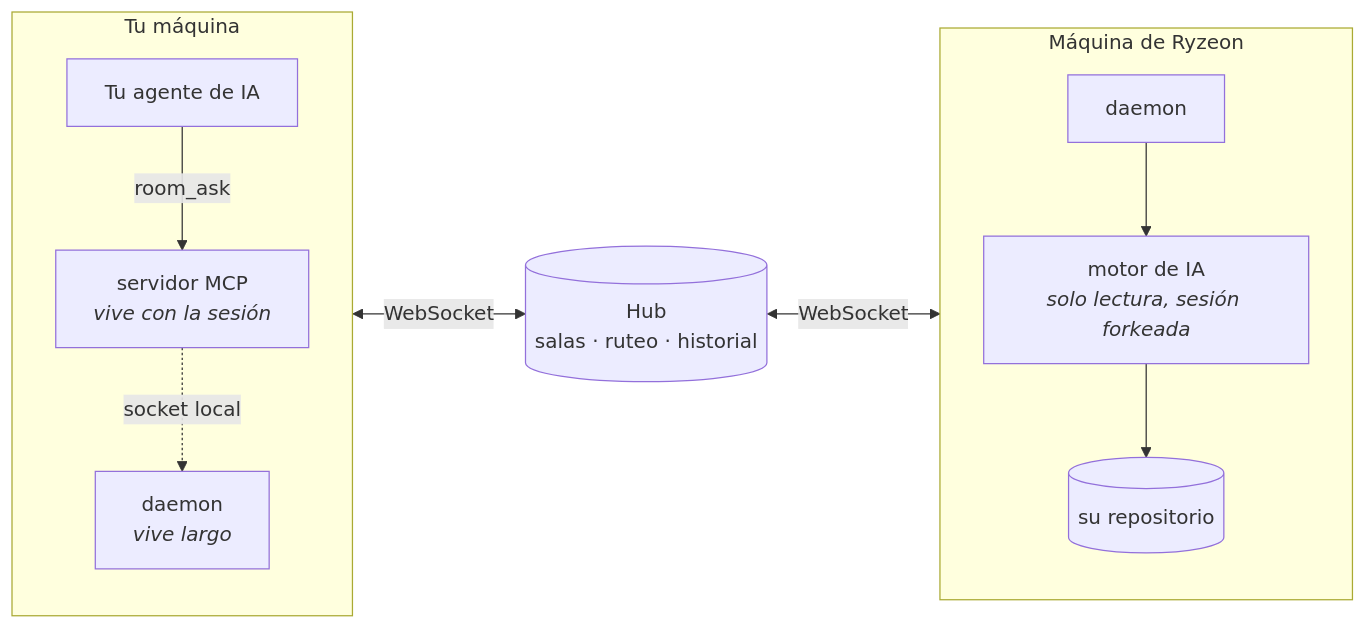
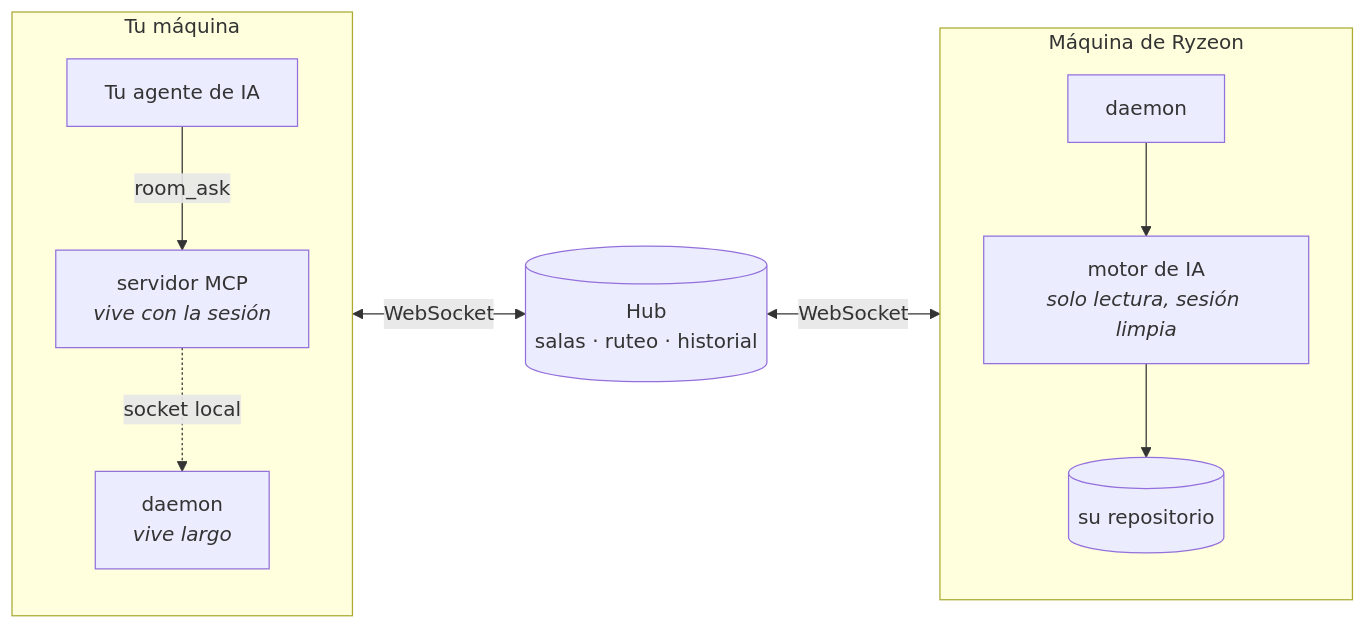
One commit to Ryzeon/huddle changed the first of 3 diagrams in README.md. Above: the diagram before and after it, drawn with Mermaid. The commit also changed other lines of this file and 2 other files, not shown here.

Commit message:
fix(agent): sesion limpia por defecto, forkear se pide

````diff
--- a/README.md
+++ b/README.md
@@ -120,19 +120,19 @@
 ```mermaid
 flowchart LR
   subgraph tuya["Tu máquina"]
     direction TB
     ia["Tu agente de IA"] -->|room_ask| mcp["servidor MCP<br/><i>vive con la sesión</i>"]
     mcp -.->|socket local| dae["daemon<br/><i>vive largo</i>"]
   end
 
   hub[("Hub<br/>salas · ruteo · historial")]
 
   subgraph suya["Máquina de Ryzeon"]
     direction TB
-    dae2["daemon"] --> motor["motor de IA<br/><i>solo lectura, sesión forkeada</i>"]
+    dae2["daemon"] --> motor["motor de IA<br/><i>solo lectura, sesión limpia</i>"]
     motor --> repo[("su repositorio")]
   end
 
   dae <-->|WebSocket| hub
   hub <-->|WebSocket| dae2
 ```
````
